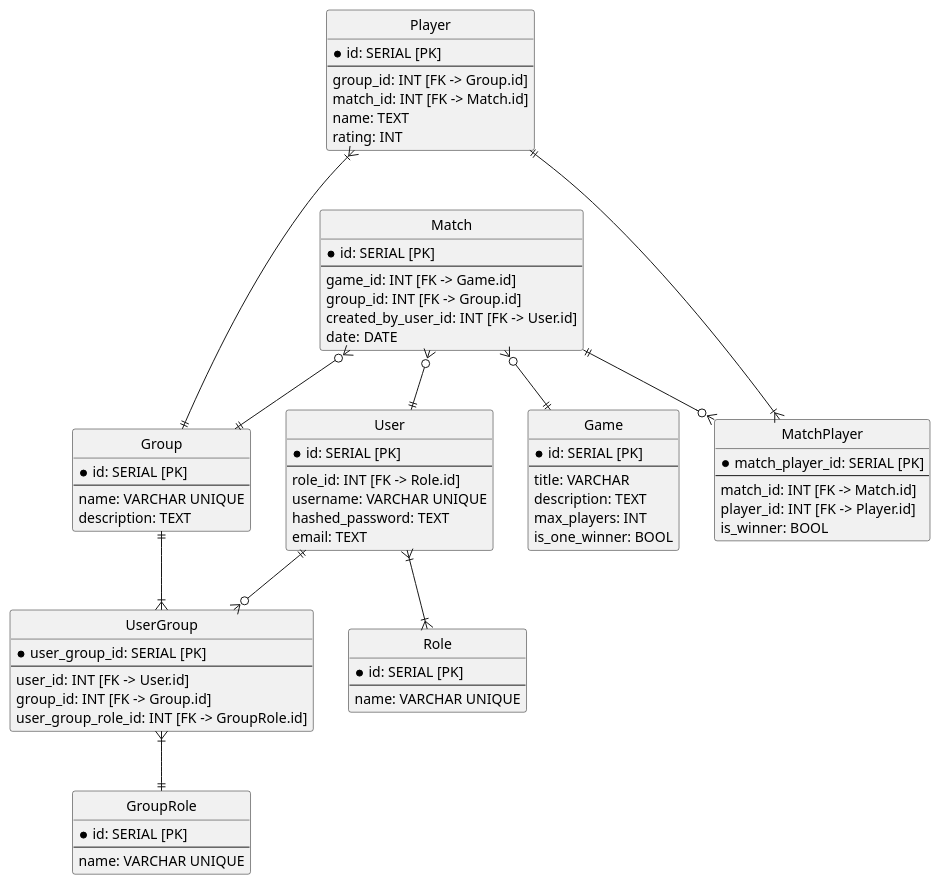
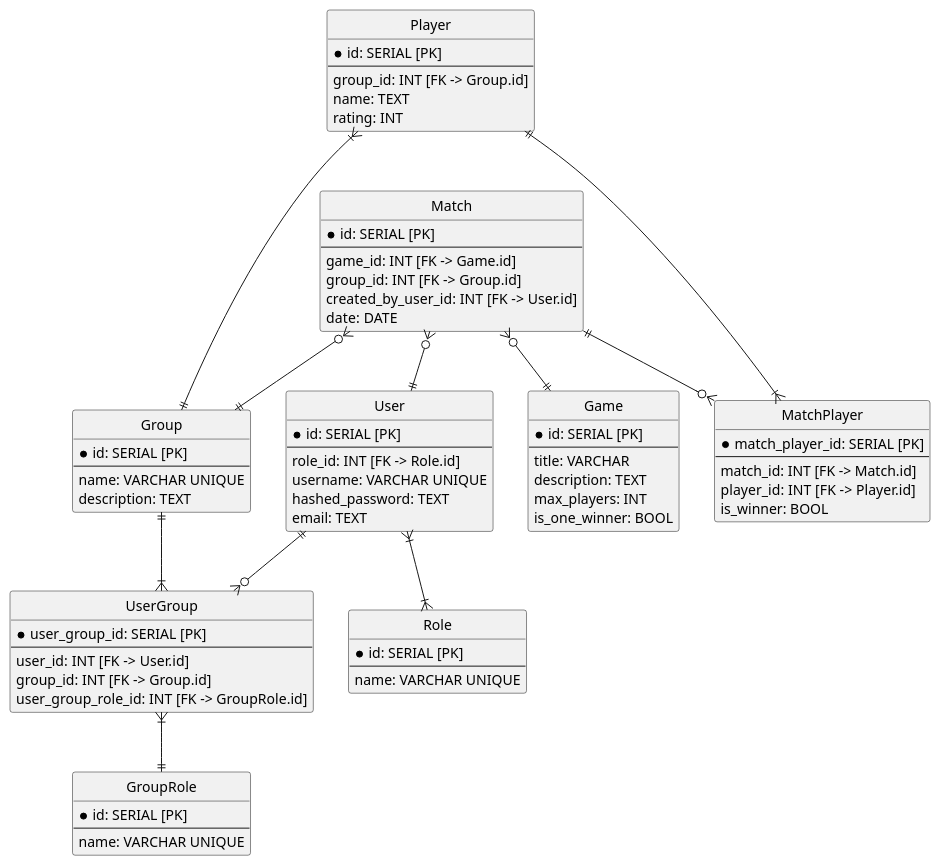
The diagram in sql_model/er.puml (Sofassssssss/Board-game-tracking), drawn with PlantUML before and after one commit.

Commit message:
remove match_id from Player

```diff
--- a/sql_model/er.puml
+++ b/sql_model/er.puml
@@ -1,88 +1,87 @@
 @startuml
 hide circle
 
 entity Game {
   * id: SERIAL [PK]
   --
   title: VARCHAR
   description: TEXT
   max_players: INT
   is_one_winner: BOOL
 }
 
 entity Match {
   * id: SERIAL [PK]
   --
   game_id: INT [FK -> Game.id]
   group_id: INT [FK -> Group.id]
   created_by_user_id: INT [FK -> User.id]
   date: DATE
 }
 
 entity Group {
   * id: SERIAL [PK]
   --
   name: VARCHAR UNIQUE
   description: TEXT
 }
 
 entity User {
   * id: SERIAL [PK]
   --
   role_id: INT [FK -> Role.id]
   username: VARCHAR UNIQUE
   hashed_password: TEXT
   email: TEXT
 }
 
 entity UserGroup{
     * user_group_id: SERIAL [PK]
     --
     user_id: INT [FK -> User.id]
     group_id: INT [FK -> Group.id]
     user_group_role_id: INT [FK -> GroupRole.id]
 }
 
 entity MatchPlayer{
     * match_player_id: SERIAL [PK]
     --
     match_id: INT [FK -> Match.id]
     player_id: INT [FK -> Player.id]
     is_winner: BOOL
 }
 
 entity Player {
   * id: SERIAL [PK]
   --
   group_id: INT [FK -> Group.id]
-  match_id: INT [FK -> Match.id]
   name: TEXT
   rating: INT
 }
 
 entity Role {
   * id: SERIAL [PK]
   --
   name: VARCHAR UNIQUE
 }
 
 entity GroupRole {
   * id: SERIAL [PK]
   --
   name: VARCHAR UNIQUE
 }
 
 
 Match }o--|| Game
 Match }o--|| Group
 Match }o--|| User
 Match ||-o{ MatchPlayer
 Player }|---|| Group
 Player ||---|{ MatchPlayer
 User }|--|{ Role
 User ||--o{ UserGroup
 Group ||--|{ UserGroup
 UserGroup }|--|| GroupRole
 
 
 @enduml
```
